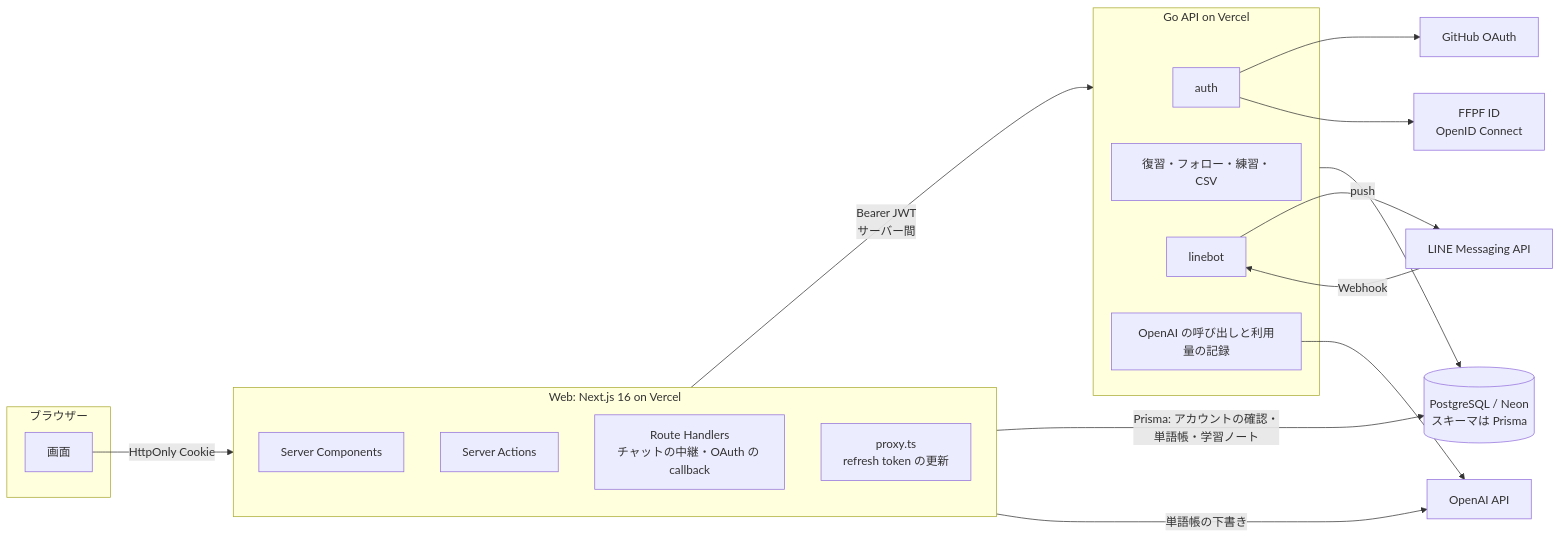
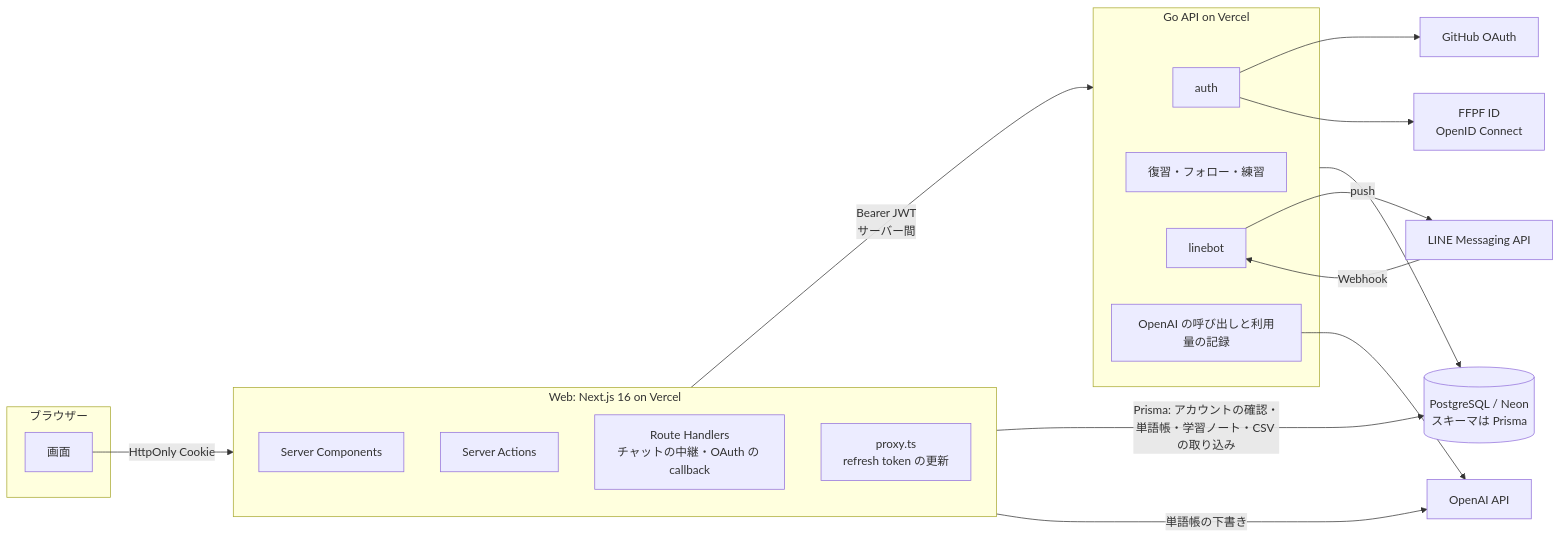
The first of 2 diagrams in docs/architecture.md (Sparklingstadt/ffpf-zhuelog), drawn with Mermaid before and after one commit. The commit also changed other lines of this file and 95 other files, not shown here.

First line of the commit message:
refactor: Go 廃止の段階 3 — 学習ノートの CSV の取り込みを Web で行う (#170)

````diff
--- a/docs/architecture.md
+++ b/docs/architecture.md
@@ -7,34 +7,34 @@
 ```mermaid
 flowchart LR
   subgraph Browser[ブラウザー]
     UI[画面]
   end
   subgraph Web[Web: Next.js 16 on Vercel]
     RSC[Server Components]
     SA[Server Actions]
     RH[Route Handlers<br/>チャットの中継・OAuth の callback]
     PX[proxy.ts<br/>refresh token の更新]
   end
   subgraph API[Go API on Vercel]
     AUTH[auth]
-    DATA[復習・フォロー・練習・CSV]
+    DATA[復習・フォロー・練習]
     LINEBOT[linebot]
     AI[OpenAI の呼び出しと利用量の記録]
   end
   DB[(PostgreSQL / Neon<br/>スキーマは Prisma)]
   OpenAI[OpenAI API]
   LINE[LINE Messaging API]
   GH[GitHub OAuth]
   FFPF[FFPF ID<br/>OpenID Connect]
 
   UI -->|HttpOnly Cookie| Web
   Web -->|Bearer JWT<br/>サーバー間| API
   API --> DB
-  Web -->|Prisma: アカウントの確認・単語帳・学習ノート| DB
+  Web -->|Prisma: アカウントの確認・単語帳・学習ノート・CSV の取り込み| DB
   Web -->|単語帳の下書き| OpenAI
   AI --> OpenAI
   LINE -->|Webhook| LINEBOT
   LINEBOT -->|push| LINE
   AUTH --> GH
   AUTH --> FFPF
 ```
````
